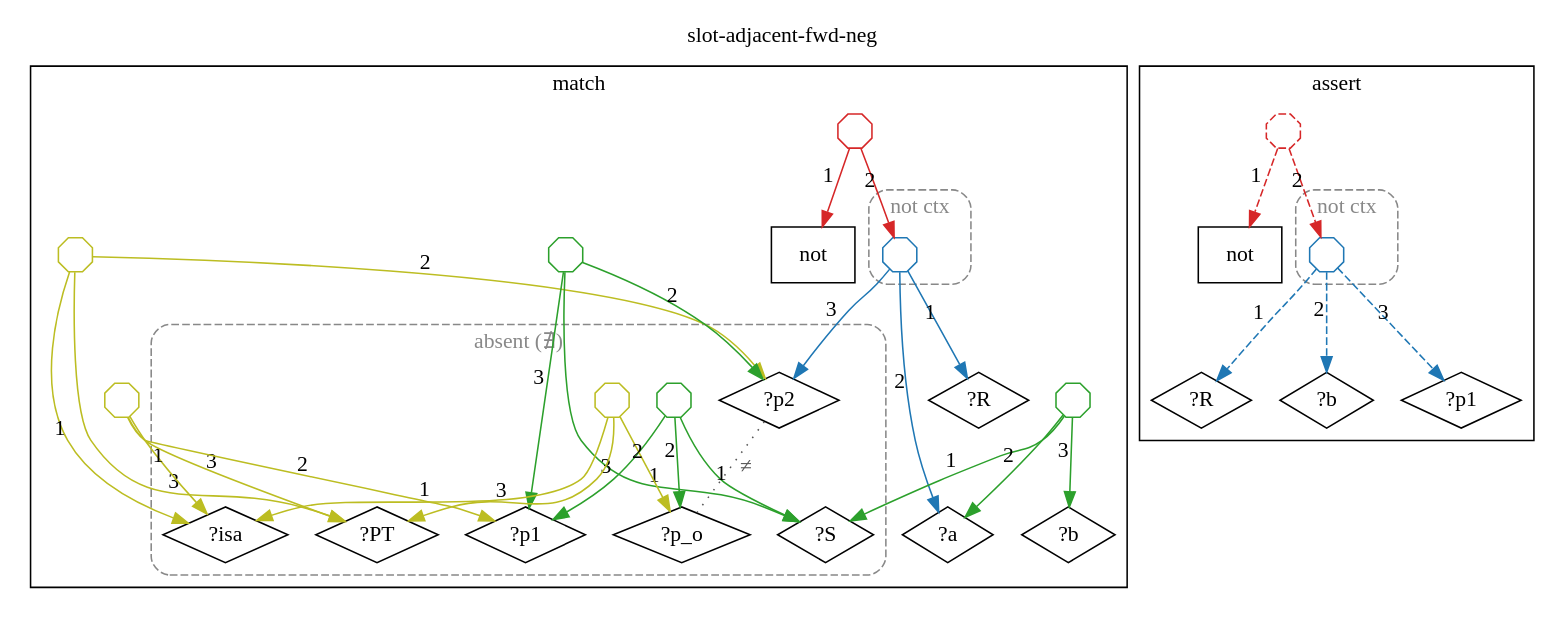
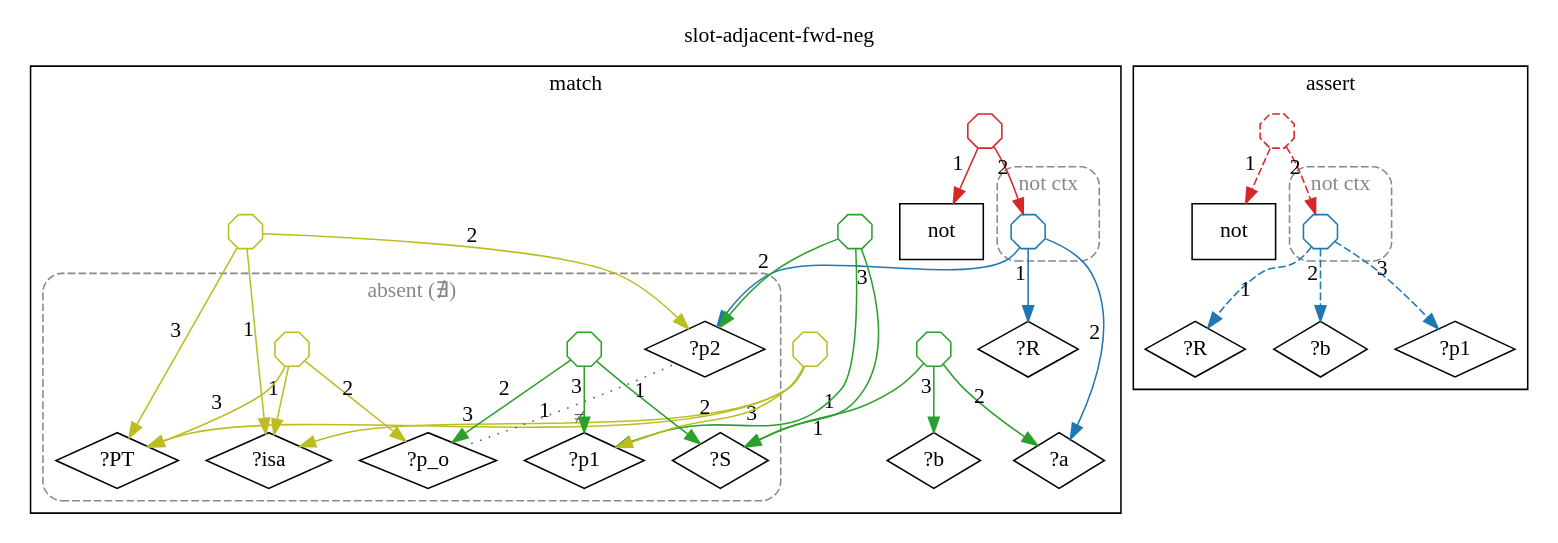
One commit to agutikov/ein changed the diagram in docs/ein/user/04-reference/04-stdlib/diagrams/06-std.slots.slot-adjacent-fwd-neg.dot. Above: the diagram before and after it, drawn with Graphviz. The commit also changed 102 other files, not shown here.

```diff
--- a/docs/ein/user/04-reference/04-stdlib/diagrams/06-std.slots.slot-adjacent-fwd-neg.dot
+++ b/docs/ein/user/04-reference/04-stdlib/diagrams/06-std.slots.slot-adjacent-fwd-neg.dot
@@ -1,70 +1,70 @@
 digraph rule_slot_adjacent_fwd_neg_lhs_rhs {
   rankdir=TB;
   label="slot-adjacent-fwd-neg"; labelloc=t;
   subgraph cluster_lhs { label="match";
     "?S_L" [label="?S", shape=diamond];
     "?a_L" [label="?a", shape=diamond];
     "?b_L" [label="?b", shape=diamond];
     "not_L" [label="not", shape=box];
     "?R_L" [label="?R", shape=diamond];
     "?p2_L" [label="?p2", shape=diamond];
     "?isa_L" [label="?isa", shape=diamond];
     "?PT_L" [label="?PT", shape=diamond];
     "?p1_L" [label="?p1", shape=diamond];
     subgraph cluster_ctx_L_0 {
       label="not ctx"; style="dashed,rounded"; color="#888888"; fontcolor="#888888";
       "(?R ?a ?p2)_L" [shape=octagon, label="", width=0.3, height=0.3, fixedsize=true, color="#1f77b4"];
     }
     "h1_S_L" [shape=octagon, label="", width=0.3, height=0.3, fixedsize=true, color="#2ca02c"];
     "h1_S_L" -> "?S_L" [xlabel="1", color="#2ca02c"];
     "h1_S_L" -> "?a_L" [xlabel="2", color="#2ca02c"];
     "h1_S_L" -> "?b_L" [xlabel="3", color="#2ca02c"];
     "h2_not_L" [shape=octagon, label="", width=0.3, height=0.3, fixedsize=true, color="#d62728"];
     "h2_not_L" -> "not_L" [xlabel="1", color="#d62728"];
     "h2_not_L" -> "(?R ?a ?p2)_L" [xlabel="2", color="#d62728"];
     "h3_isa_L" [shape=octagon, label="", width=0.3, height=0.3, fixedsize=true, color="#bcbd22"];
     "h3_isa_L" -> "?isa_L" [xlabel="1", color="#bcbd22"];
     "h3_isa_L" -> "?p2_L" [xlabel="2", color="#bcbd22"];
     "h3_isa_L" -> "?PT_L" [xlabel="3", color="#bcbd22"];
     "h4_S_L" [shape=octagon, label="", width=0.3, height=0.3, fixedsize=true, color="#2ca02c"];
     "h4_S_L" -> "?S_L" [xlabel="1", color="#2ca02c"];
     "h4_S_L" -> "?p2_L" [xlabel="2", color="#2ca02c"];
     "h4_S_L" -> "?p1_L" [xlabel="3", color="#2ca02c"];
     "h5_isa_L" [shape=octagon, label="", width=0.3, height=0.3, fixedsize=true, color="#bcbd22"];
     "h5_isa_L" -> "?isa_L" [xlabel="1", color="#bcbd22"];
     "h5_isa_L" -> "?p1_L" [xlabel="2", color="#bcbd22"];
     "h5_isa_L" -> "?PT_L" [xlabel="3", color="#bcbd22"];
     "(?R ?a ?p2)_L" -> "?R_L" [xlabel="1", color="#1f77b4"];
     "(?R ?a ?p2)_L" -> "?a_L" [xlabel="2", color="#1f77b4"];
     "(?R ?a ?p2)_L" -> "?p2_L" [xlabel="3", color="#1f77b4"];
     subgraph cluster_absent_L_0 {
       label="absent (∄)"; style="dashed,rounded"; color="#888888"; fontcolor="#888888";
       "?p_o_L" [label="?p_o", shape=diamond];
       "h6_S_L" [shape=octagon, label="", width=0.3, height=0.3, fixedsize=true, color="#2ca02c"];
       "h6_S_L" -> "?S_L" [xlabel="1", color="#2ca02c"];
       "h6_S_L" -> "?p_o_L" [xlabel="2", color="#2ca02c"];
       "h6_S_L" -> "?p1_L" [xlabel="3", color="#2ca02c"];
       "h7_isa_L" [shape=octagon, label="", width=0.3, height=0.3, fixedsize=true, color="#bcbd22"];
       "h7_isa_L" -> "?isa_L" [xlabel="1", color="#bcbd22"];
       "h7_isa_L" -> "?p_o_L" [xlabel="2", color="#bcbd22"];
       "h7_isa_L" -> "?PT_L" [xlabel="3", color="#bcbd22"];
-      "?p_o_L" -> "?p2_L" [label="≠", dir=none, style=dotted, color="#555555", fontcolor="#555555", constraint=false];
+      "?p_o_L" -> "?p2_L" [xlabel="≠", dir=none, style=dotted, color="#555555", fontcolor="#555555", constraint=false];
     }
   }
   subgraph cluster_rhs { label="assert";
     "not_R" [label="not", shape=box];
     "?R_R" [label="?R", shape=diamond];
     "?b_R" [label="?b", shape=diamond];
     "?p1_R" [label="?p1", shape=diamond];
     subgraph cluster_ctx_R_0 {
       label="not ctx"; style="dashed,rounded"; color="#888888"; fontcolor="#888888";
       "(?R ?b ?p1)_R" [shape=octagon, label="", width=0.3, height=0.3, fixedsize=true, color="#1f77b4"];
     }
     "h8_not_R" [shape=octagon, label="", width=0.3, height=0.3, fixedsize=true, color="#d62728", style=dashed];
     "h8_not_R" -> "not_R" [xlabel="1", color="#d62728", style=dashed];
     "h8_not_R" -> "(?R ?b ?p1)_R" [xlabel="2", color="#d62728", style=dashed];
     "(?R ?b ?p1)_R" -> "?R_R" [xlabel="1", color="#1f77b4", style=dashed];
     "(?R ?b ?p1)_R" -> "?b_R" [xlabel="2", color="#1f77b4", style=dashed];
     "(?R ?b ?p1)_R" -> "?p1_R" [xlabel="3", color="#1f77b4", style=dashed];
   }
 }
```
